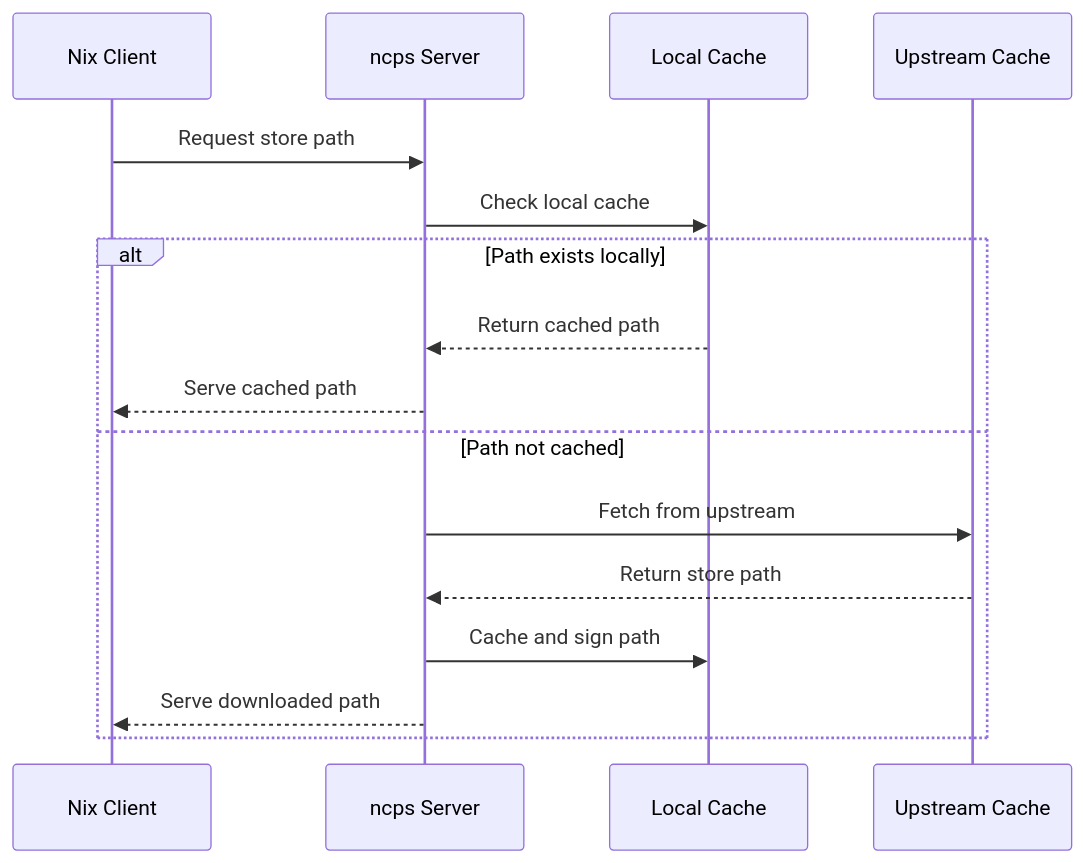
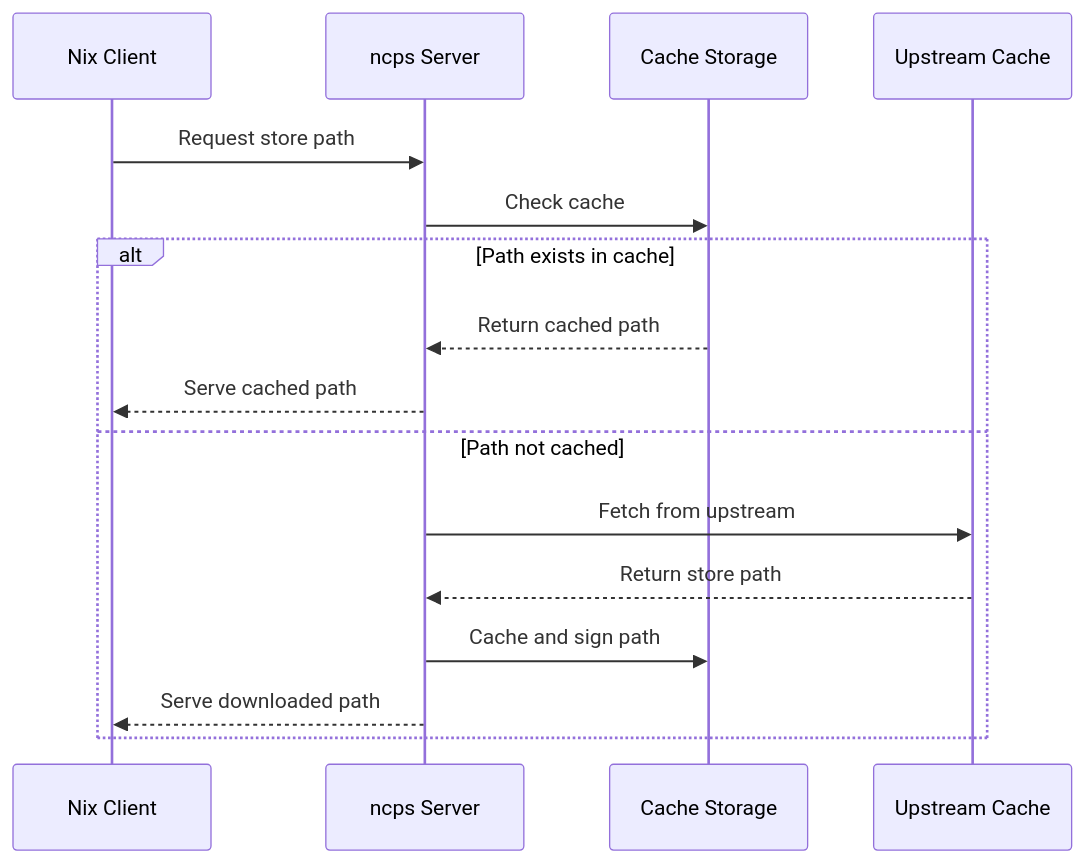
Before and after one commit to kalbasit/ncps: the first of 2 diagrams in README.md, drawn with Mermaid. The commit also changed other lines of this file, not shown here.

````diff
--- a/README.md
+++ b/README.md
@@ -53,20 +56,20 @@
 ```mermaid
 sequenceDiagram
     participant Client as Nix Client
     participant NCPS as ncps Server
-    participant Cache as Local Cache
+    participant Cache as Cache Storage
     participant Upstream as Upstream Cache
 
     Client->>NCPS: Request store path
-    NCPS->>Cache: Check local cache
+    NCPS->>Cache: Check cache
 
-    alt Path exists locally
+    alt Path exists in cache
         Cache-->>NCPS: Return cached path
         NCPS-->>Client: Serve cached path
     else Path not cached
         NCPS->>Upstream: Fetch from upstream
         Upstream-->>NCPS: Return store path
         NCPS->>Cache: Cache and sign path
         NCPS-->>Client: Serve downloaded path
     end
 ```
````
